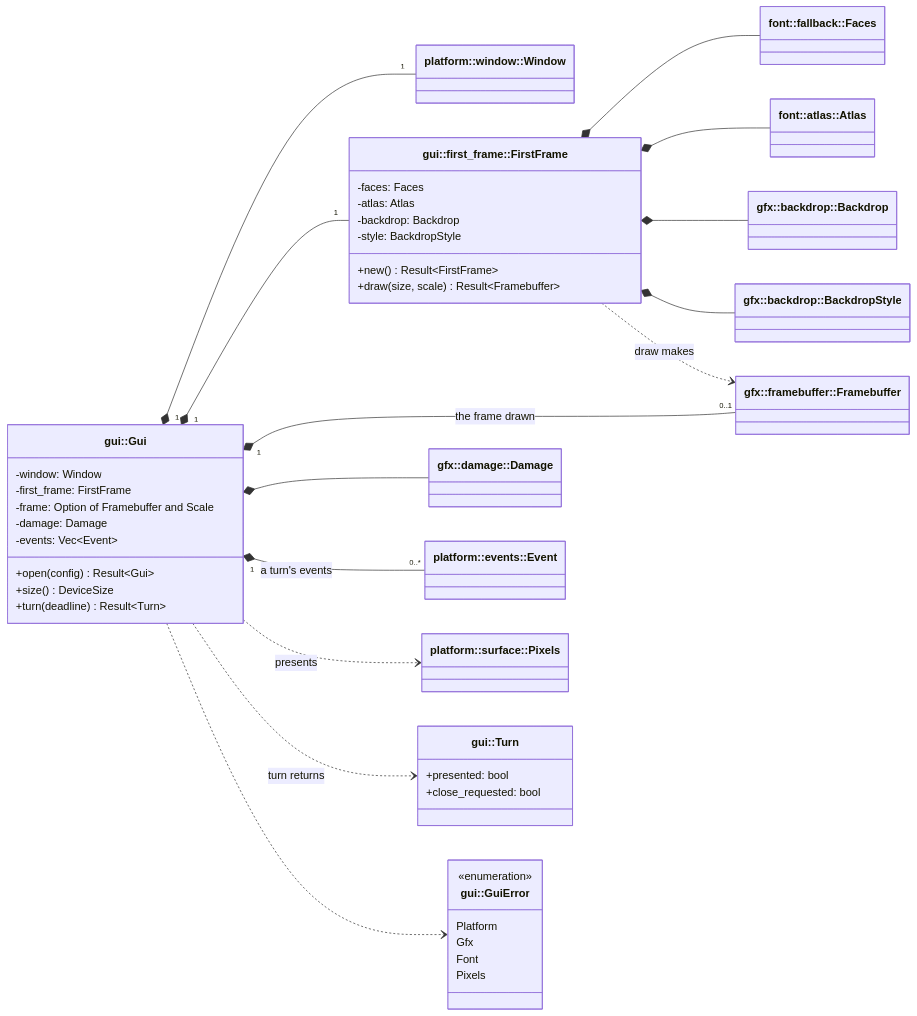
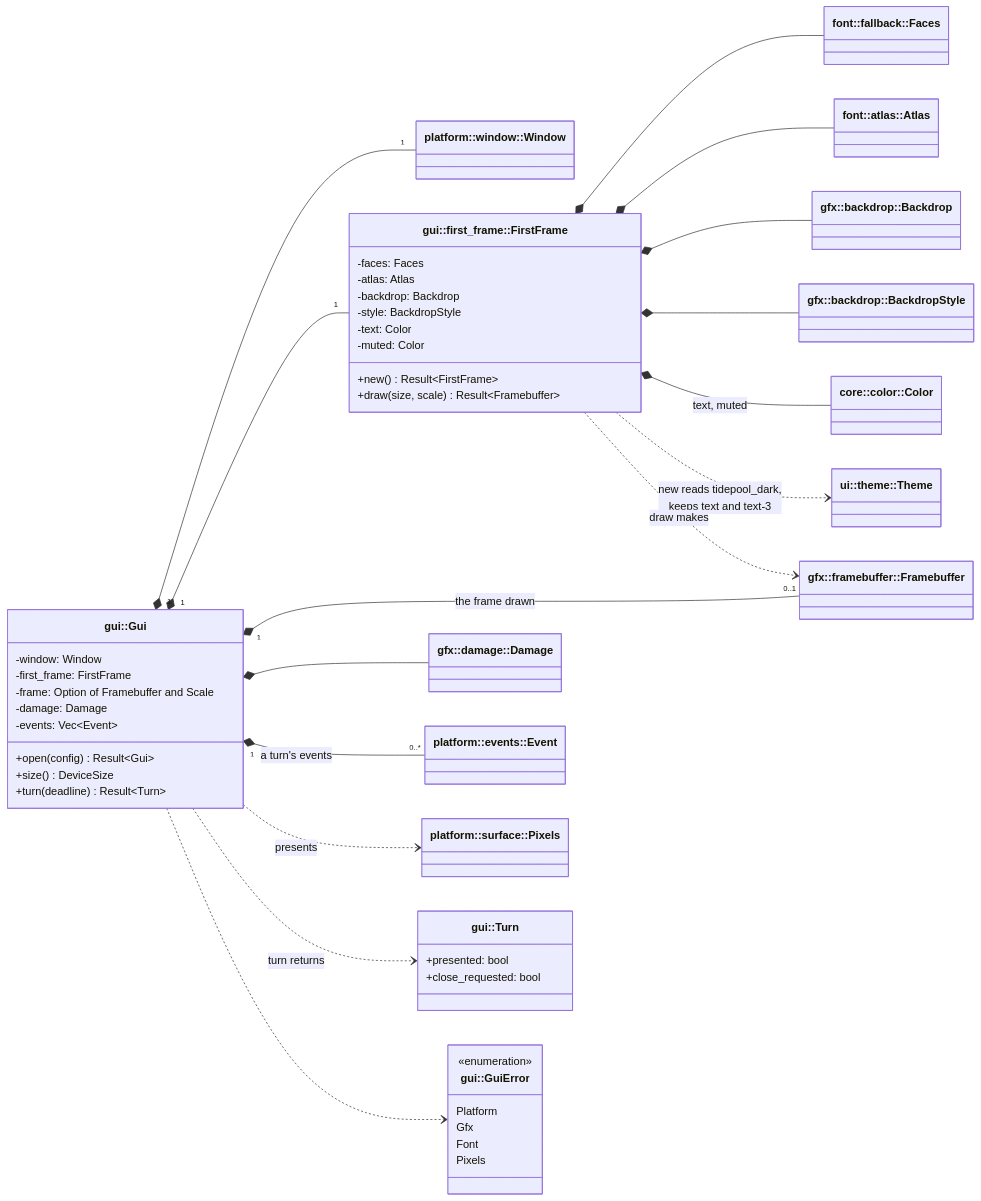
One commit to jabbott-iii/Tidepool changed diagram 41 of 45 in diagrams/class-diagrams.md. Above: the diagram before and after it, drawn with Mermaid. The commit also changed other lines of this file and 50 other files, not shown here.

````diff
--- a/diagrams/class-diagrams.md
+++ b/diagrams/class-diagrams.md
@@ -3498,56 +3554,62 @@
 ```mermaid
 classDiagram
     direction LR
     class Gui["gui::Gui"] {
         -window: Window
         -first_frame: FirstFrame
         -frame: Option of Framebuffer and Scale
         -damage: Damage
         -events: Vec~Event~
         +open(config) Result~Gui~
         +size() DeviceSize
         +turn(deadline) Result~Turn~
     }
     class Turn["gui::Turn"] {
         +presented: bool
         +close_requested: bool
     }
     class FirstFrame["gui::first_frame::FirstFrame"] {
         -faces: Faces
         -atlas: Atlas
         -backdrop: Backdrop
         -style: BackdropStyle
+        -text: Color
+        -muted: Color
         +new() Result~FirstFrame~
         +draw(size, scale) Result~Framebuffer~
     }
     class GuiError["gui::GuiError"] {
         <<enumeration>>
         Platform
         Gfx
         Font
         Pixels
     }
     class Window["platform::window::Window"]
     class Event["platform::events::Event"]
     class Pixels["platform::surface::Pixels"]
     class Framebuffer["gfx::framebuffer::Framebuffer"]
     class Damage["gfx::damage::Damage"]
     class Backdrop["gfx::backdrop::Backdrop"]
     class BackdropStyle["gfx::backdrop::BackdropStyle"]
     class Faces["font::fallback::Faces"]
     class Atlas["font::atlas::Atlas"]
+    class Theme["ui::theme::Theme"]
+    class Color["core::color::Color"]
 
     Gui "1" *-- "1" Window
     Gui "1" *-- "1" FirstFrame
     Gui "1" *-- "0..1" Framebuffer : the frame drawn
     Gui *-- Damage
     Gui "1" *-- "0..*" Event : a turn's events
     Gui ..> Pixels : presents
     Gui ..> Turn : turn returns
     Gui ..> GuiError
     FirstFrame *-- Faces
     FirstFrame *-- Atlas
     FirstFrame *-- Backdrop
     FirstFrame *-- BackdropStyle
+    FirstFrame *-- Color : text, muted
+    FirstFrame ..> Theme : new reads tidepool_dark,<br/>keeps text and text-3
     FirstFrame ..> Framebuffer : draw makes
 ```
````
